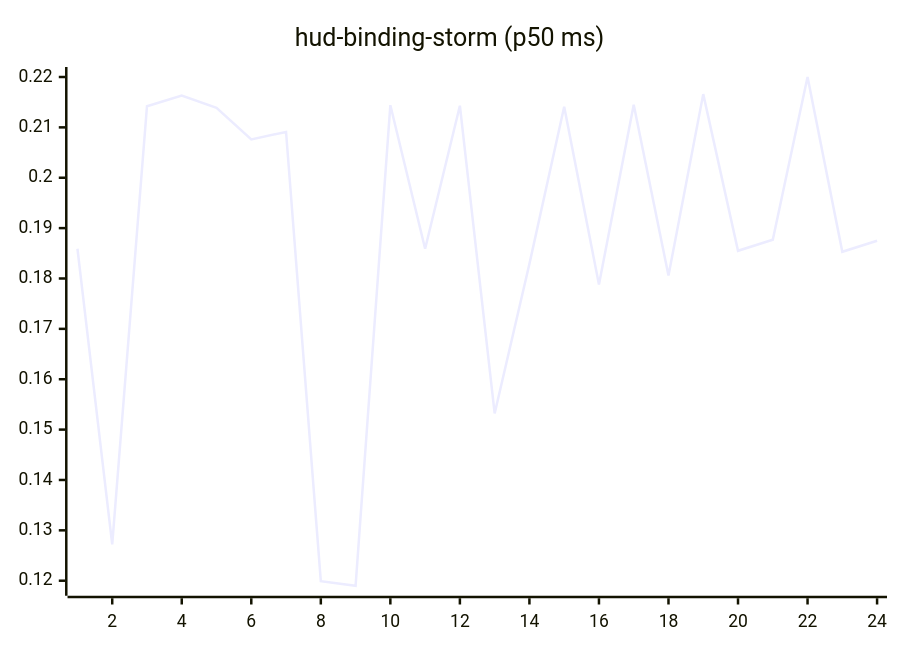
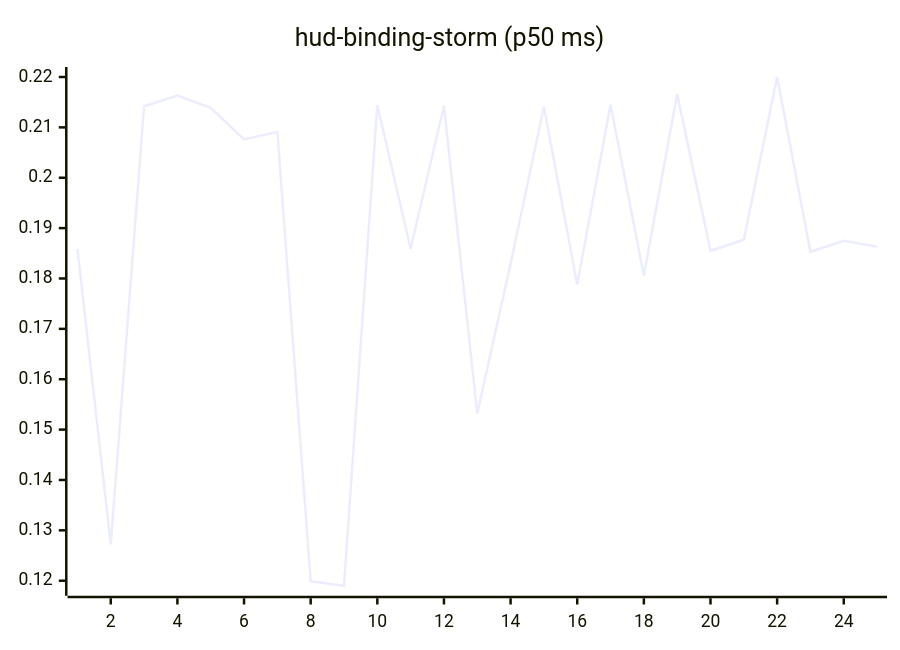
One commit to josha/Facet changed the tenth of 27 diagrams in README.md. Above: the diagram before and after it, drawn with Mermaid. The commit also changed other lines of this file and 2 other files, not shown here.

````diff
--- a/README.md
+++ b/README.md
@@ -126,6 +126,6 @@
 ```mermaid
 xychart-beta
     title "hud-binding-storm (p50 ms)"
-    x-axis 1 --> 24
-    line [0.1859, 0.1272, 0.2142, 0.2163, 0.2139, 0.2076, 0.2091, 0.1199, 0.1190, 0.2144, 0.1859, 0.2143, 0.1532, 0.1829, 0.2141, 0.1788, 0.2145, 0.1806, 0.2166, 0.1855, 0.1877, 0.2200, 0.1853, 0.1875]
+    x-axis 1 --> 25
+    line [0.1859, 0.1272, 0.2142, 0.2163, 0.2139, 0.2076, 0.2091, 0.1199, 0.1190, 0.2144, 0.1859, 0.2143, 0.1532, 0.1829, 0.2141, 0.1788, 0.2145, 0.1806, 0.2166, 0.1855, 0.1877, 0.2200, 0.1853, 0.1875, 0.1863]
 ```
````
